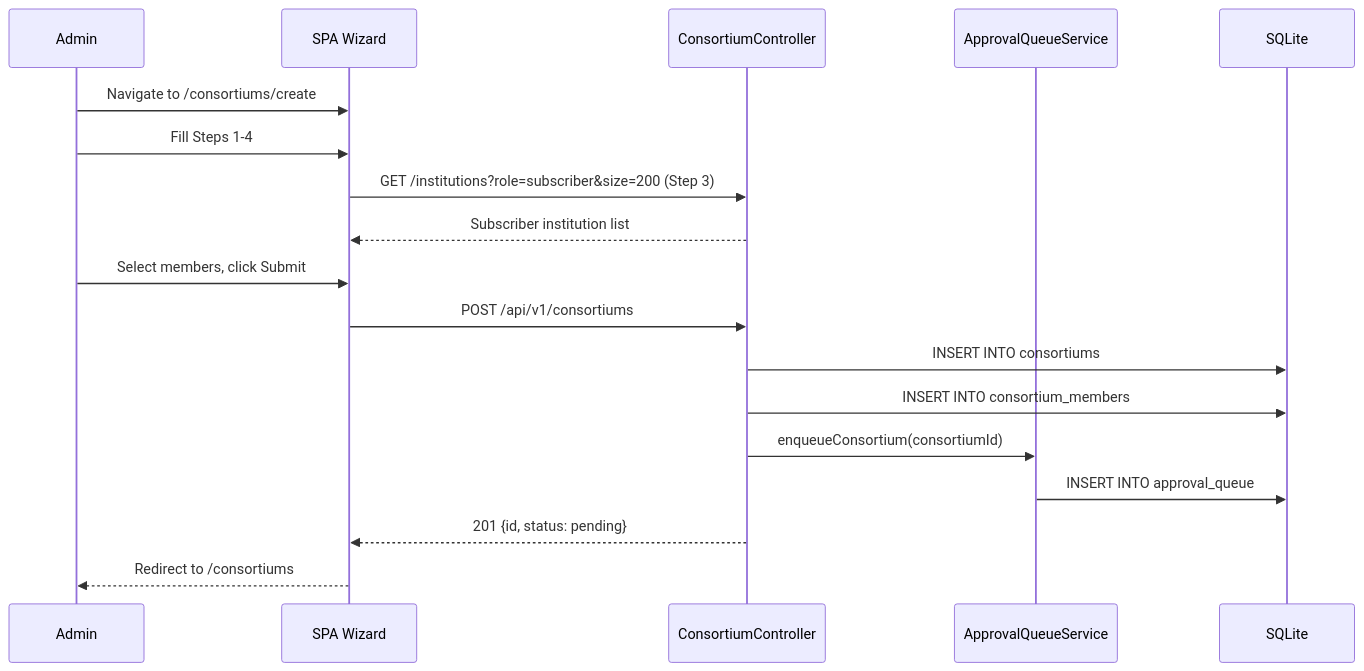
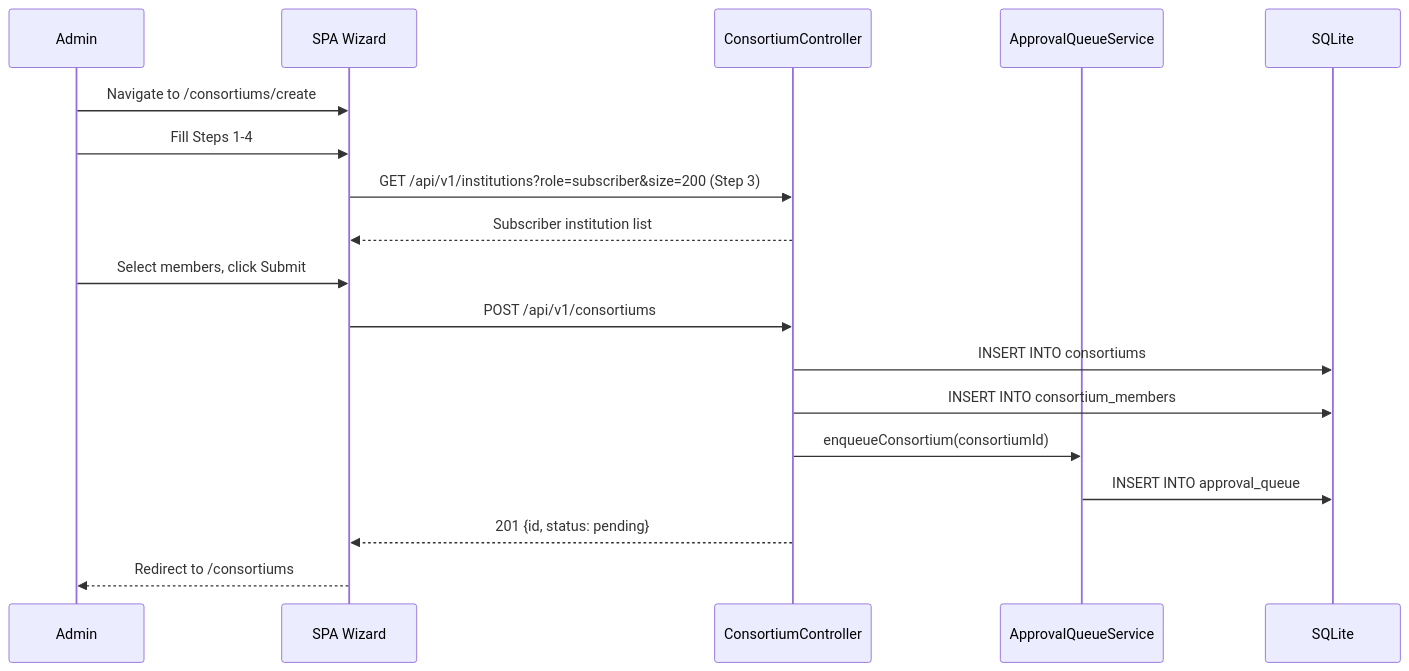
One commit to ashutoshbelulkar-coder/credit-harmony changed the second of 2 diagrams in docs/User stories/EPIC-03-Consortium-Management.md. Above: the diagram before and after it, drawn with Mermaid. The commit also changed other lines of this file and 30 other files, not shown here.

````diff
--- a/docs/User stories/EPIC-03-Consortium-Management.md
+++ b/docs/User stories/EPIC-03-Consortium-Management.md
@@ -256,21 +256,21 @@
 ```mermaid
 sequenceDiagram
     participant A as Admin
     participant FE as SPA Wizard
     participant API as ConsortiumController
     participant AQSVC as ApprovalQueueService
     participant DB as SQLite
 
     A->>FE: Navigate to /consortiums/create
     A->>FE: Fill Steps 1-4
-    FE->>API: GET /institutions?role=subscriber&size=200 (Step 3)
+    FE->>API: GET /api/v1/institutions?role=subscriber&size=200 (Step 3)
     API-->>FE: Subscriber institution list
     A->>FE: Select members, click Submit
     FE->>API: POST /api/v1/consortiums
     API->>DB: INSERT INTO consortiums
     API->>DB: INSERT INTO consortium_members
     API->>AQSVC: enqueueConsortium(consortiumId)
     AQSVC->>DB: INSERT INTO approval_queue
     API-->>FE: 201 {id, status: pending}
     FE-->>A: Redirect to /consortiums
 ```
````
